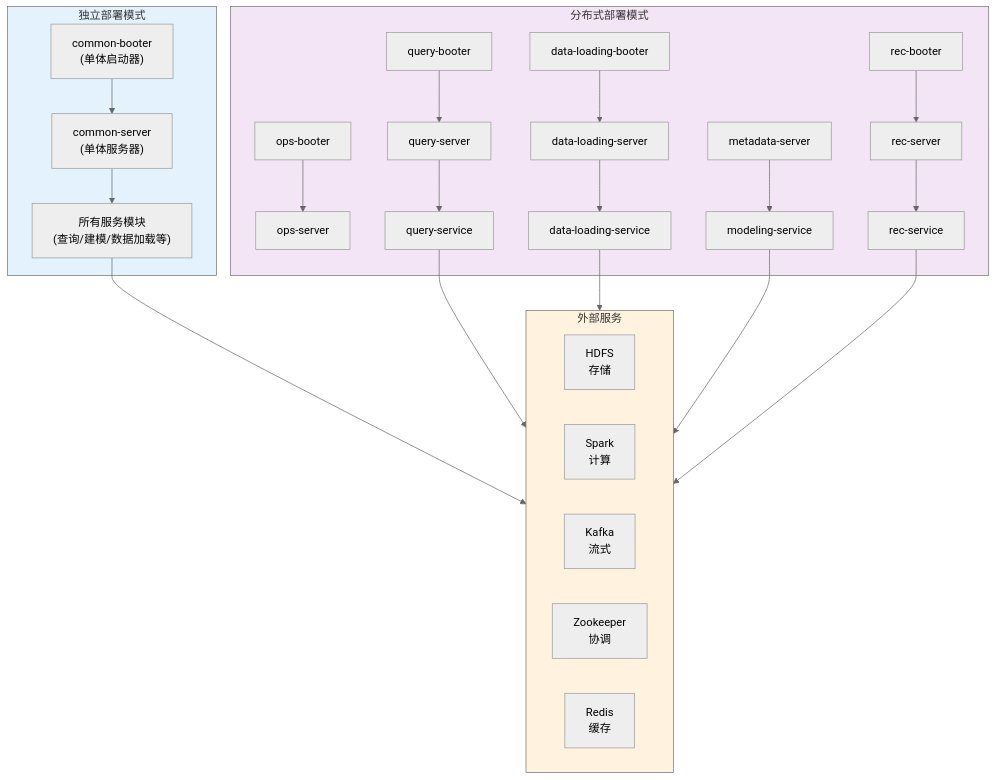
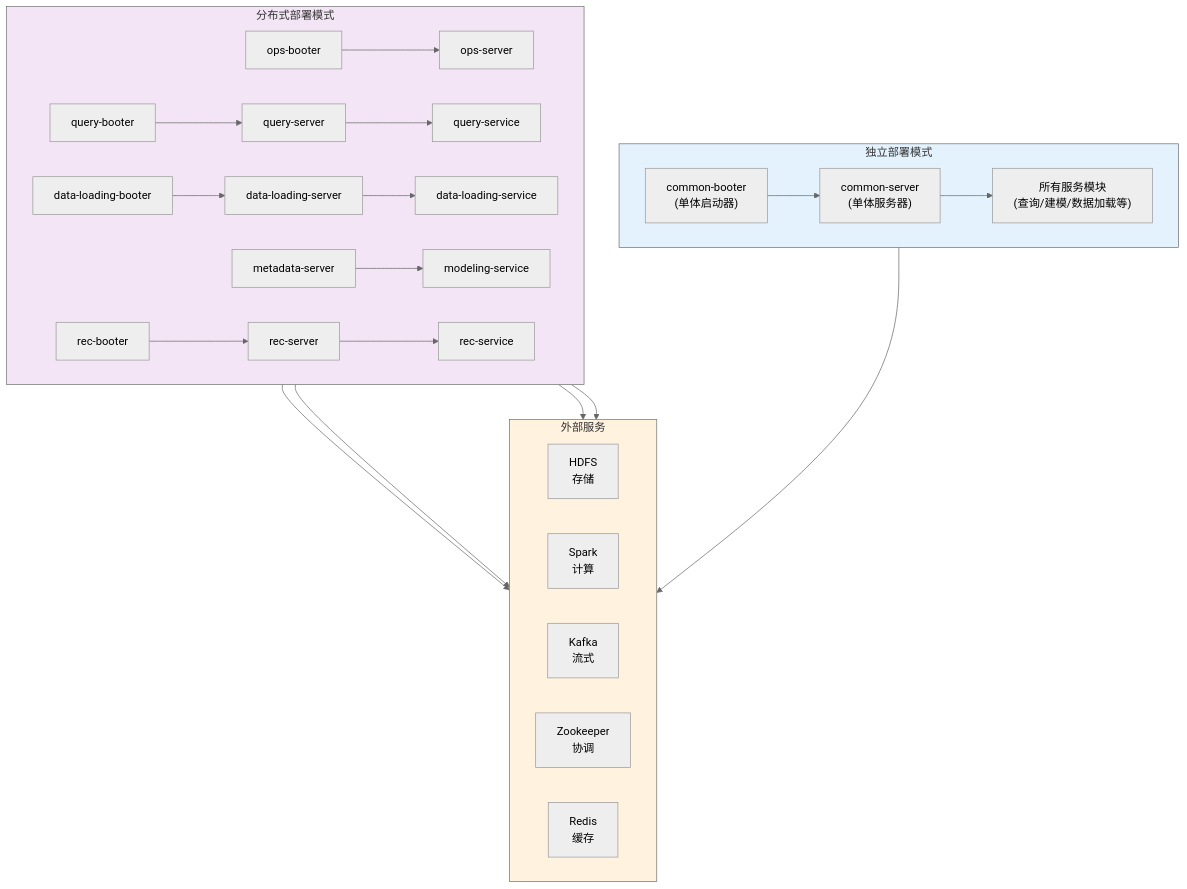
Before and after one commit to insomniacdoll/kylin: the third of 3 diagrams in doc/architecture.md, drawn with Mermaid (neutral theme). The commit also changed other lines of this file and 1 other file, not shown here.

Commit message:
add architecture.md and user-workflow.md

````diff
--- a/doc/architecture.md
+++ b/doc/architecture.md
@@ -271,57 +301,60 @@
 ```mermaid
 graph TB
     subgraph Standalone["独立部署模式"]
+        direction LR
         Booter1["common-booter<br/>(单体启动器)"]
         Server1["common-server<br/>(单体服务器)"]
         AllServices["所有服务模块<br/>(查询/建模/数据加载等)"]
+
+        Booter1 --> Server1
+        Server1 --> AllServices
     end
 
     subgraph Distributed["分布式部署模式"]
+        direction LR
         QueryBooter["query-booter"]
         DataLoadingBooter["data-loading-booter"]
         OpsBooter["ops-booter"]
         RecBooter["rec-booter"]
 
         QueryServer["query-server"]
         DataLoadingServer["data-loading-server"]
         MetadataServer["metadata-server"]
         OpsServer["ops-server"]
         RecServer["rec-server"]
 
         QueryService["query-service"]
         DataLoadingService["data-loading-service"]
         ModelingService["modeling-service"]
         RecService["rec-service"]
+
+        QueryBooter --> QueryServer
+        DataLoadingBooter --> DataLoadingServer
+        OpsBooter --> OpsServer
+        RecBooter --> RecServer
+
+        QueryServer --> QueryService
+        DataLoadingServer --> DataLoadingService
+        MetadataServer --> ModelingService
+        RecServer --> RecService
     end
 
     subgraph External["外部服务"]
+        direction LR
         HDFS["HDFS<br/>存储"]
         Spark["Spark<br/>计算"]
         Kafka["Kafka<br/>流式"]
         Zookeeper["Zookeeper<br/>协调"]
         Redis["Redis<br/>缓存"]
     end
 
-    Booter1 --> Server1
-    Server1 --> AllServices
     AllServices --> External
-
-    QueryBooter --> QueryServer
-    DataLoadingBooter --> DataLoadingServer
-    OpsBooter --> OpsServer
-    RecBooter --> RecServer
-
-    QueryServer --> QueryService
-    DataLoadingServer --> DataLoadingService
-    MetadataServer --> ModelingService
-    RecServer --> RecService
-
     QueryService --> External
     DataLoadingService --> External
     ModelingService --> External
     RecService --> External
 
     style Standalone fill:#e3f2fd
     style Distributed fill:#f3e5f5
     style External fill:#fff3e0
 ```
````
